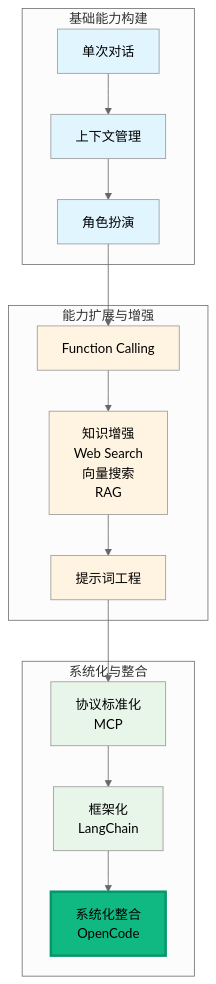
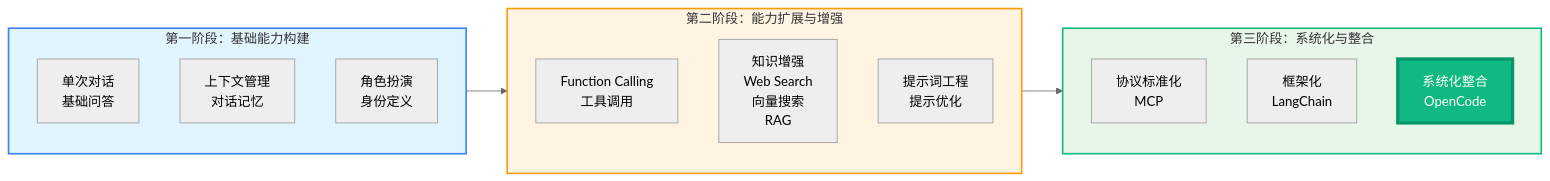
One commit to szqifeng/opencodeshare changed the diagram in docs/01-quick-start/opencode-intro.md. Above: the diagram before and after it, drawn with Mermaid (neutral theme).

Commit message:
docs: redesign Mermaid flowchart for better alignment and structure
- Change to left-right layout for clearer progression
- Group technologies into subgraphs with proper styling
- Simplify node text and labels
- Use unified styling for stages with stage-level borders
- Highlight OpenCode as the final integration point

````diff
--- a/docs/01-quick-start/opencode-intro.md
+++ b/docs/01-quick-start/opencode-intro.md
@@ -22,33 +22,31 @@
 ```mermaid
-flowchart TD
-    subgraph 第一阶段[基础能力构建]
-        A1[单次对话]
-        A2[上下文管理]
-        A3[角色扮演]
+flowchart LR
+    subgraph S1[第一阶段：基础能力构建]
+        direction TB
+        A1[单次对话<br/>基础问答]
+        A2[上下文管理<br/>对话记忆]
+        A3[角色扮演<br/>身份定义]
     end
 
-    subgraph 第二阶段[能力扩展与增强]
-        B1[Function Calling]
+    subgraph S2[第二阶段：能力扩展与增强]
+        direction TB
+        B1[Function Calling<br/>工具调用]
         B2[知识增强<br/>Web Search<br/>向量搜索<br/>RAG]
-        B3[提示词工程]
+        B3[提示词工程<br/>提示优化]
     end
 
-    subgraph 第三阶段[系统化与整合]
+    subgraph S3[第三阶段：系统化与整合]
+        direction TB
         C1[协议标准化<br/>MCP]
         C2[框架化<br/>LangChain]
         C3[系统化整合<br/>OpenCode]
     end
 
-    A1 --> A2 --> A3 --> B1 --> B2 --> B3 --> C1 --> C2 --> C3
+    S1 --> S2 --> S3
 
-    style A1 fill:#e1f5ff
-    style A2 fill:#e1f5ff
-    style A3 fill:#e1f5ff
-    style B1 fill:#fff4e1
-    style B2 fill:#fff4e1
-    style B3 fill:#fff4e1
-    style C1 fill:#e8f5e9
-    style C2 fill:#e8f5e9
-    style C3 fill:#10b981
-    style C3 stroke:#059669,stroke-width:3px
+    style S1 fill:#e1f5ff,stroke:#3b82f6,stroke-width:2px
+    style S2 fill:#fff4e1,stroke:#f59e0b,stroke-width:2px
+    style S3 fill:#e8f5e9,stroke:#10b981,stroke-width:2px
+
+    style C3 fill:#10b981,stroke:#059669,stroke-width:4px,color:#ffffff
 ```
````
